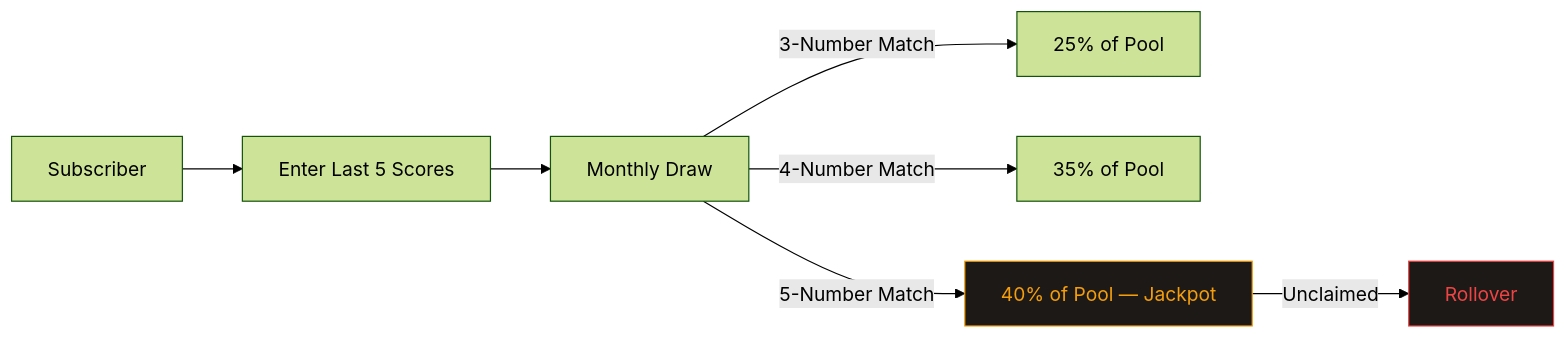
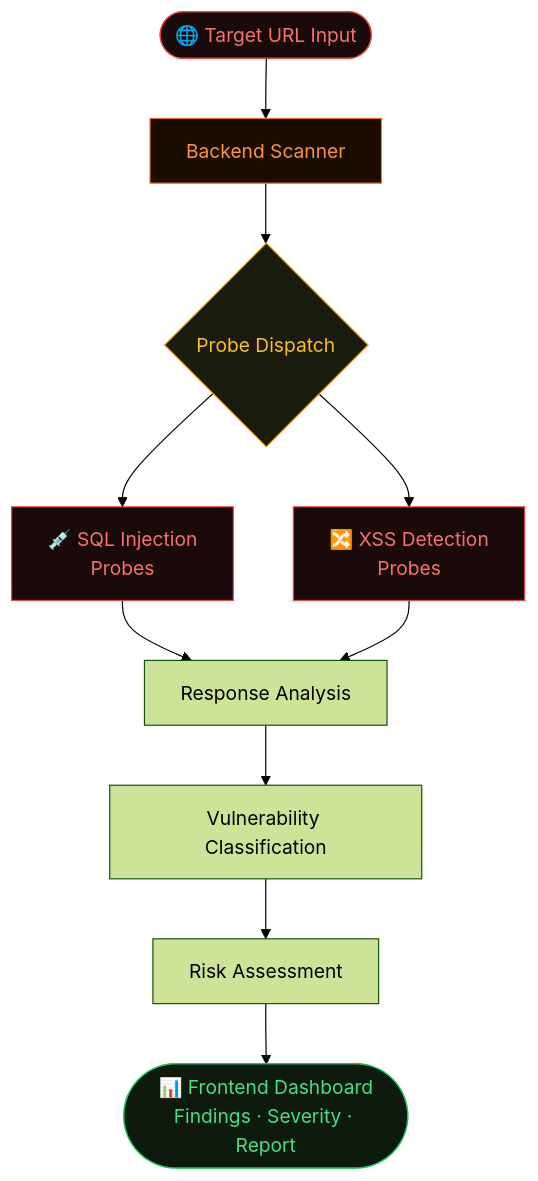
One commit to Piyush6046/Piyush6046 changed the sixth of 6 diagrams in README.md. Above: the diagram before and after it, drawn with Mermaid (forest theme). The commit also changed other lines of this file, not shown here.

````diff
--- a/README.md
+++ b/README.md
@@ -313,12 +380,19 @@
 ```mermaid
-flowchart LR
-    A["Subscriber"] --> B["Enter Last 5 Scores"]
-    B --> C["Monthly Draw"]
-    C -->|3-Number Match| D["25% of Pool"]
-    C -->|4-Number Match| E["35% of Pool"]
-    C -->|5-Number Match| F["40% of Pool — Jackpot"]
-    F -->|Unclaimed| G["Rollover"]
+flowchart TD
+    A([🌐 Target URL Input]) --> B[Backend Scanner]
+    B --> C{Probe Dispatch}
+    C --> D[💉 SQL Injection\nProbes]
+    C --> E[🔀 XSS Detection\nProbes]
+    D --> F[Response Analysis]
+    E --> F
+    F --> G[Vulnerability Classification]
+    G --> H[Risk Assessment]
+    H --> I([📊 Frontend Dashboard\nFindings · Severity · Report])
 
-    style F fill:#1c1917,color:#f59e0b,stroke:#f59e0b
-    style G fill:#1c1917,color:#ef4444,stroke:#ef4444
+    style A fill:#1a0a0a,color:#f87171,stroke:#ef4444
+    style B fill:#1a0d00,color:#fb923c,stroke:#f97316
+    style C fill:#1a1a0d,color:#fbbf24,stroke:#f59e0b
+    style D fill:#1a0a0a,color:#f87171,stroke:#ef4444
+    style E fill:#1a0a0a,color:#f87171,stroke:#ef4444
+    style I fill:#0d1a0d,color:#4ade80,stroke:#22c55e
 ```
````
